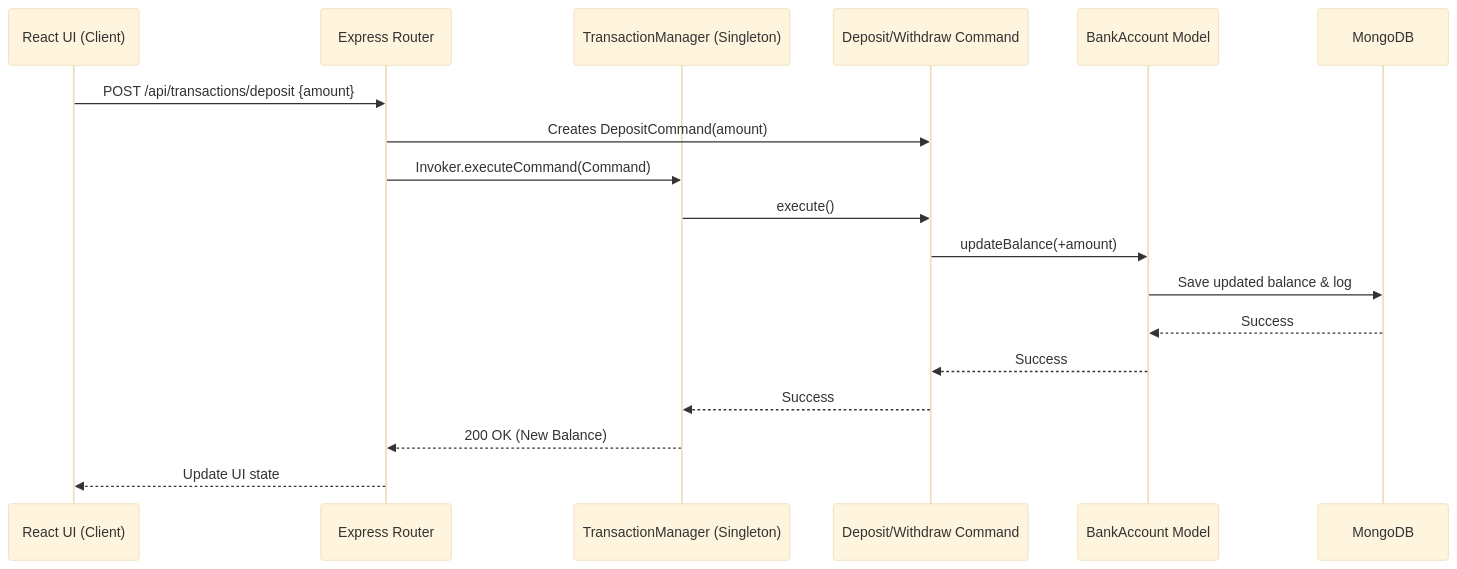
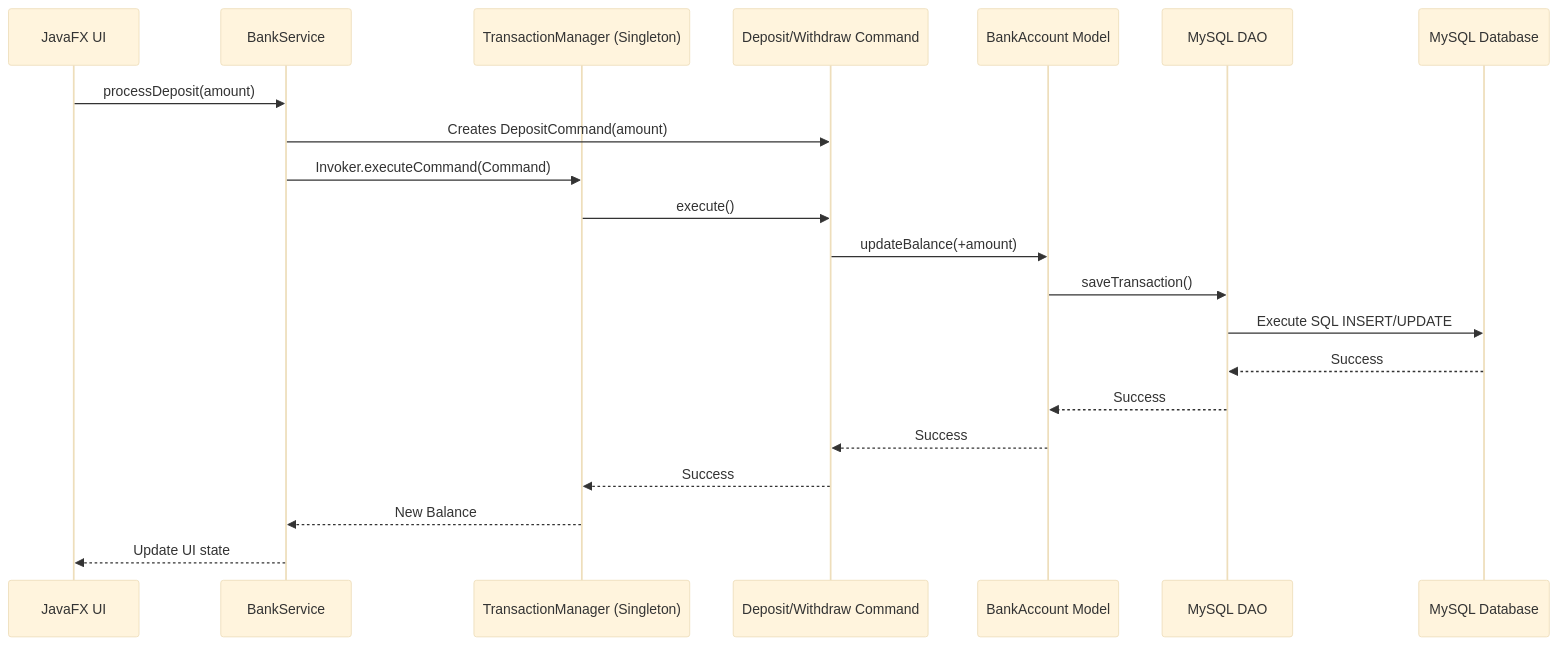
The diagram in Bank-Transaction/readme.md (Nehimi/BANK-TRANSACTION-SAD-PROJECT), drawn with Mermaid (base theme) before and after one commit. The commit also changed other lines of this file and 1 other file, not shown here.

Commit message:
Refactor architecture to Java and MySQL, remove MERN setup

````diff
--- a/Bank-Transaction/readme.md
+++ b/Bank-Transaction/readme.md
@@ -56,21 +56,24 @@
 ```mermaid
 sequenceDiagram
-    participant UI as React UI (Client)
-    participant API as Express Router
+    participant UI as JavaFX UI
+    participant Service as BankService
     participant Invoker as TransactionManager (Singleton)
     participant Command as Deposit/Withdraw Command
     participant Receiver as BankAccount Model
-    participant DB as MongoDB
+    participant DAO as MySQL DAO
+    participant DB as MySQL Database
 
-    UI->>API: POST /api/transactions/deposit {amount}
-    API->>Command: Creates DepositCommand(amount)
-    API->>Invoker: Invoker.executeCommand(Command)
+    UI->>Service: processDeposit(amount)
+    Service->>Command: Creates DepositCommand(amount)
+    Service->>Invoker: Invoker.executeCommand(Command)
     Invoker->>Command: execute()
     Command->>Receiver: updateBalance(+amount)
-    Receiver->>DB: Save updated balance & log
-    DB-->>Receiver: Success
+    Receiver->>DAO: saveTransaction()
+    DAO->>DB: Execute SQL INSERT/UPDATE
+    DB-->>DAO: Success
+    DAO-->>Receiver: Success
     Receiver-->>Command: Success
     Command-->>Invoker: Success
-    Invoker-->>API: 200 OK (New Balance)
-    API-->>UI: Update UI state
+    Invoker-->>Service: New Balance
+    Service-->>UI: Update UI state
 ```
````
